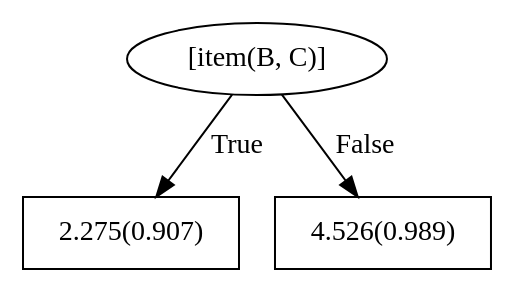
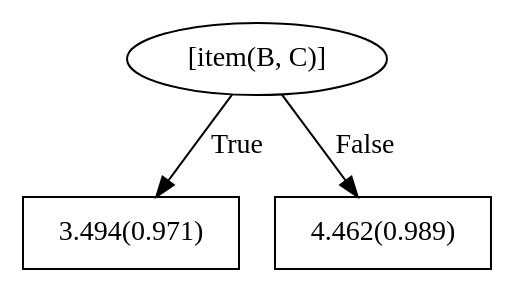
Before and after one commit to vnagpal25/BEACON: the diagram in boosted_bandit/trial2/train/models/bRDNs/dotFiles/WILLTreeFor_recommendation10.dot, drawn with Graphviz. The commit also changed 255 other files, not shown here.

```diff
--- a/boosted_bandit/trial2/train/models/bRDNs/dotFiles/WILLTreeFor_recommendation10.dot
+++ b/boosted_bandit/trial2/train/models/bRDNs/dotFiles/WILLTreeFor_recommendation10.dot
@@ -1,7 +1,7 @@
 digraph G{ 
 1[label = "[item(B, C)]"];
 1 -> 2[label="True"];
 1 -> 3[label="False"];
-2[shape = box,label = "2.275(0.907)"];
-3[shape = box,label = "4.526(0.989)"];
+2[shape = box,label = "3.494(0.971)"];
+3[shape = box,label = "4.462(0.989)"];
 }
```
